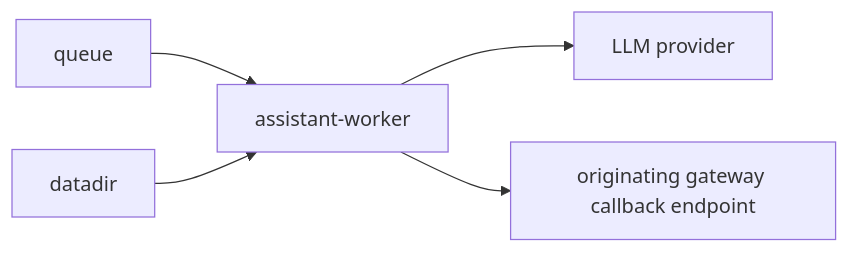
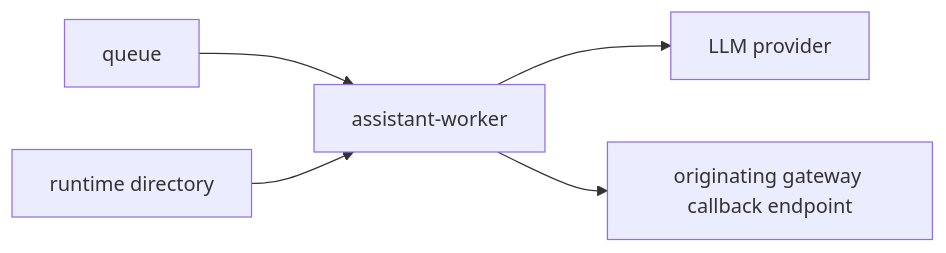
One commit to vinitu/my-concierge changed the first of 7 diagrams in docs/services/assistant-worker.md. Above: the diagram before and after it, drawn with Mermaid. The commit also changed other lines of this file and 59 other files, not shown here.

````diff
--- a/docs/services/assistant-worker.md
+++ b/docs/services/assistant-worker.md
@@ -29,7 +29,7 @@
 ```mermaid
 flowchart LR
     Q["queue"] --> Worker["assistant-worker"]
-    Datadir["datadir"] --> Worker
+    RuntimeDir["runtime directory"] --> Worker
     Worker --> LLM["LLM provider"]
     Worker --> GW["originating gateway callback endpoint"]
 ```
````
